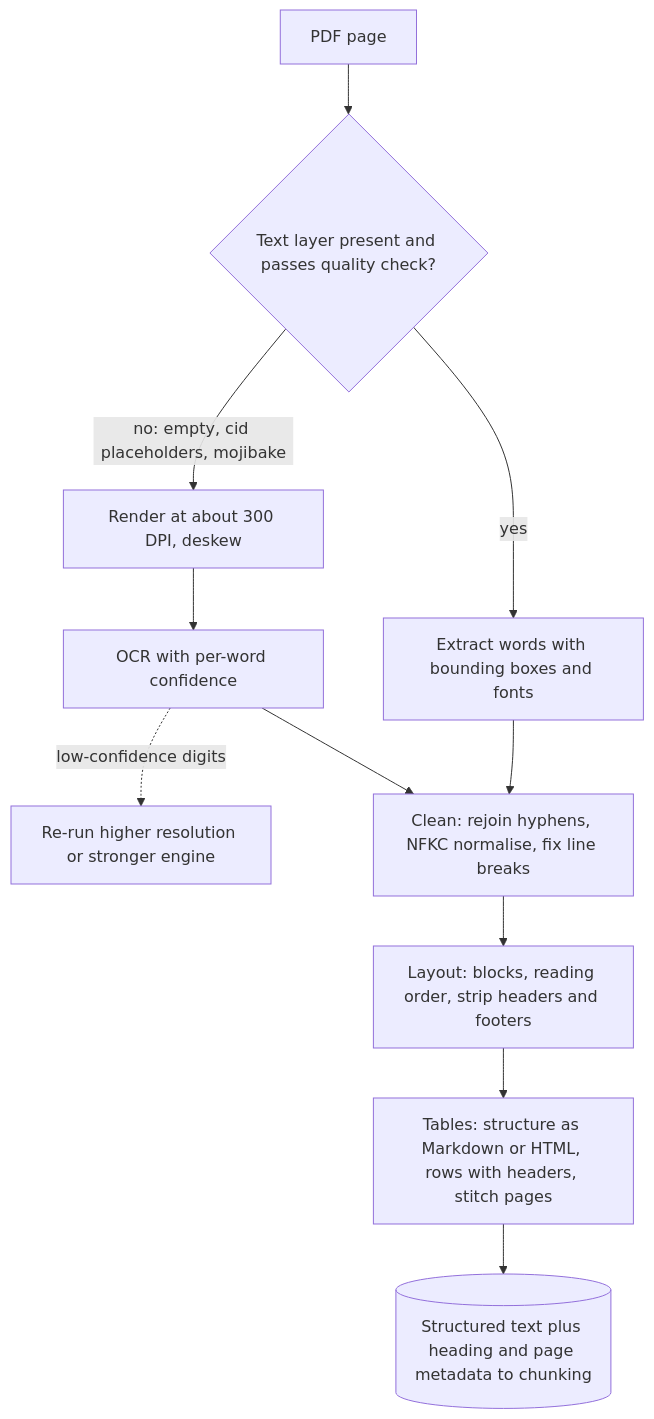
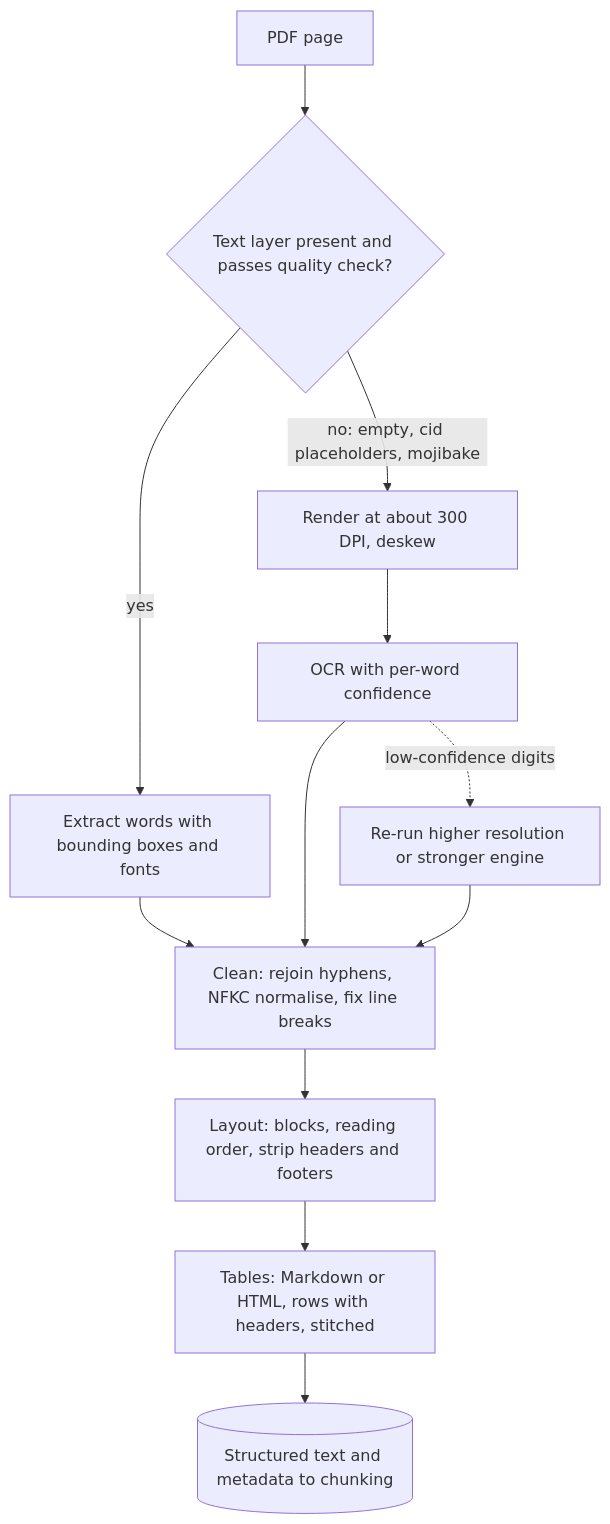
Before and after one commit to lovishmahajan97/agentic-learning: the diagram in content/rag-retrieval/document-parsing.md, drawn with Mermaid. The commit also changed other lines of this file and 278 other files, not shown here.

````diff
--- a/content/rag-retrieval/document-parsing.md
+++ b/content/rag-retrieval/document-parsing.md
@@ -134,13 +134,14 @@
 ```mermaid
 flowchart TD
     P["PDF page"] --> Q{"Text layer present and passes quality check?"}
     Q -->|"yes"| X["Extract words with bounding boxes and fonts"]
     Q -->|"no: empty, cid placeholders, mojibake"| R["Render at about 300 DPI, deskew"]
     R --> O["OCR with per-word confidence"]
     O -.->|"low-confidence digits"| S["Re-run higher resolution or stronger engine"]
     X --> C["Clean: rejoin hyphens, NFKC normalise, fix line breaks"]
     O --> C
     C --> L["Layout: blocks, reading order, strip headers and footers"]
-    L --> T["Tables: structure as Markdown or HTML, rows with headers, stitch pages"]
-    T --> K[("Structured text plus heading and page metadata to chunking")]
+    S --> C
+    L --> T["Tables: Markdown or HTML, rows with headers, stitched"]
+    T --> K[("Structured text and metadata to chunking")]
 ```
````
